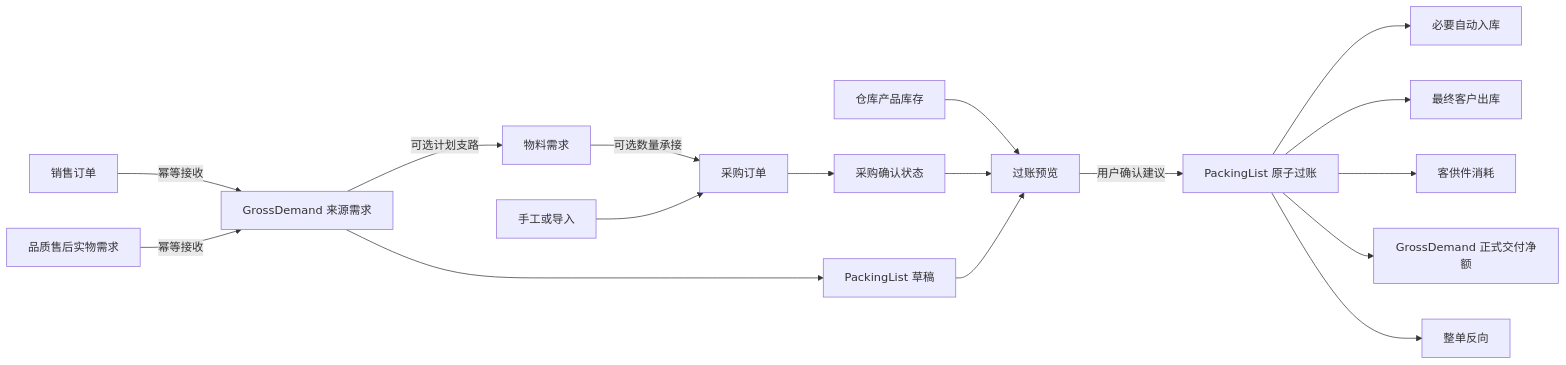
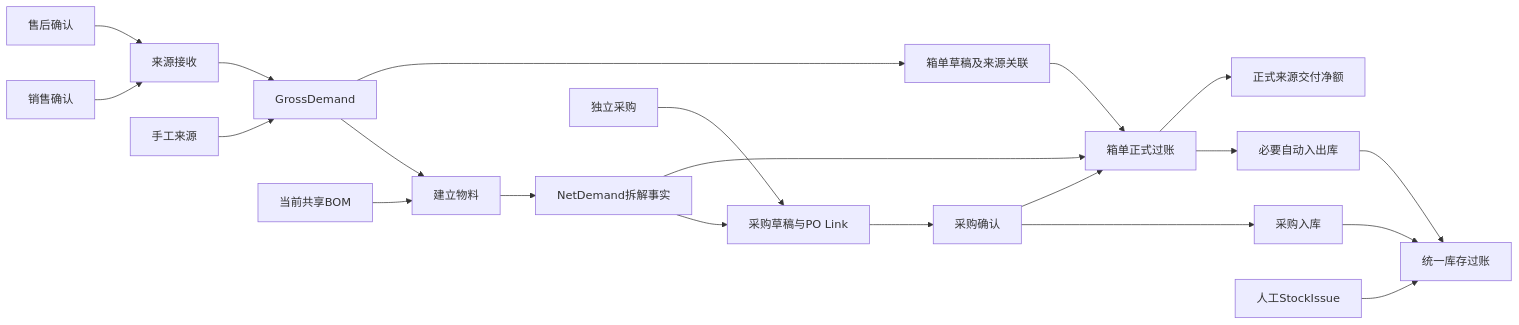
One commit to yanwei175/SwiftExport changed the diagram in .agents/references/ERP业务流程导航图.md. Above: the diagram before and after it, drawn with Mermaid. The commit also changed other lines of this file and 125 other files, not shown here.

````diff
--- a/.agents/references/ERP业务流程导航图.md
+++ b/.agents/references/ERP业务流程导航图.md
@@ -10,19 +5,23 @@
 ```mermaid
 flowchart LR
-    SO[销售订单] -->|幂等接收| GD[GrossDemand 来源需求]
-    QA[品质售后实物需求] -->|幂等接收| GD
-    GD -->|可选计划支路| ND[物料需求]
-    ND -->|可选数量承接| PO[采购订单]
-    IMP[手工或导入] --> PO
-    PO --> PC[采购确认状态]
-    GD --> PL[PackingList 草稿]
-    INV[仓库产品库存] --> PP[过账预览]
-    PC --> PP
-    PL --> PP
-    PP -->|用户确认建议| POST[PackingList 原子过账]
-    POST --> AIN[必要自动入库]
-    POST --> OUT[最终客户出库]
-    POST --> USE[客供件消耗]
-    POST --> NET[GrossDemand 正式交付净额]
-    POST --> REV[整单反向]
+  SO[销售确认] --> SR[来源接收]
+  AS[售后确认] --> SR
+  MAN[手工来源] --> GD[GrossDemand]
+  SR --> GD
+  GD --> EST[建立物料]
+  BOM[当前共享BOM] --> EST
+  EST --> ND[NetDemand拆解事实]
+  ND --> PO[采购草稿与PO Link]
+  IND[独立采购] --> PO
+  PO --> CONF[采购确认]
+  CONF --> IN[采购入库]
+  IN --> STOCK[统一库存过账]
+  GD --> PL[箱单草稿及来源关联]
+  ND --> POST[箱单正式过账]
+  CONF --> POST
+  PL --> POST
+  POST --> AUTO[必要自动入出库]
+  AUTO --> STOCK
+  POST --> DEL[正式来源交付净额]
+  ISSUE[人工StockIssue] --> STOCK
 ```
````
